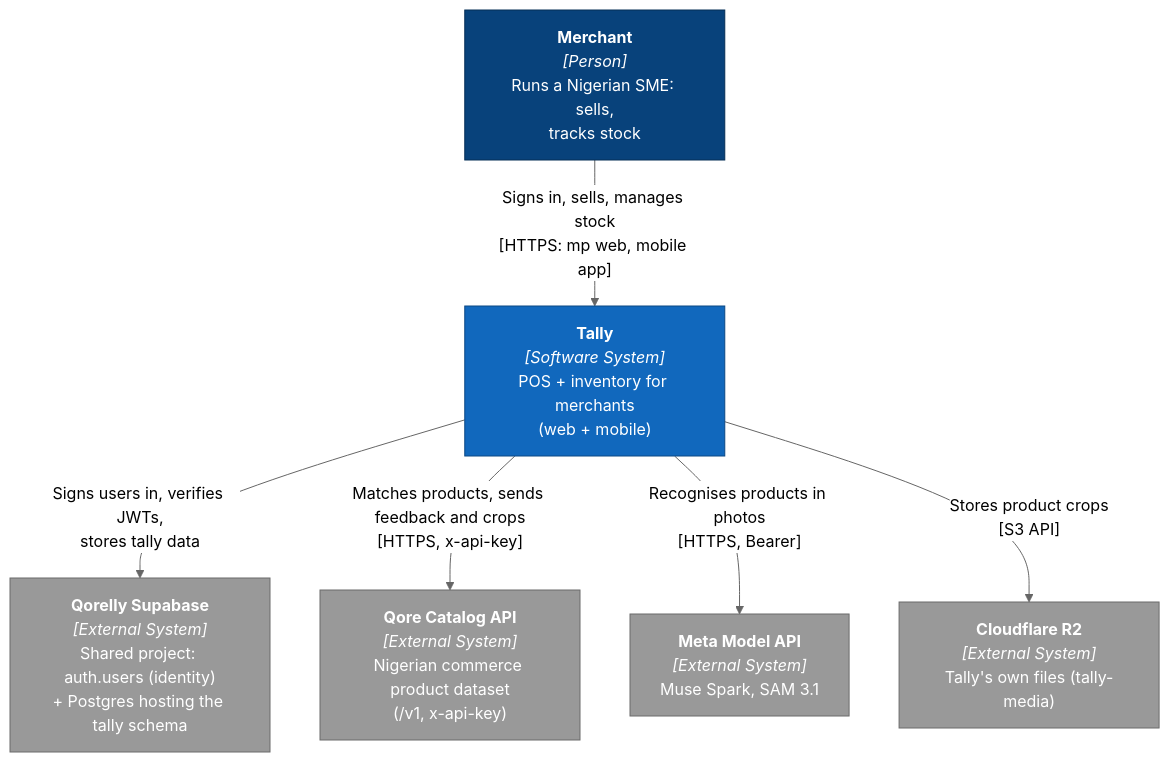
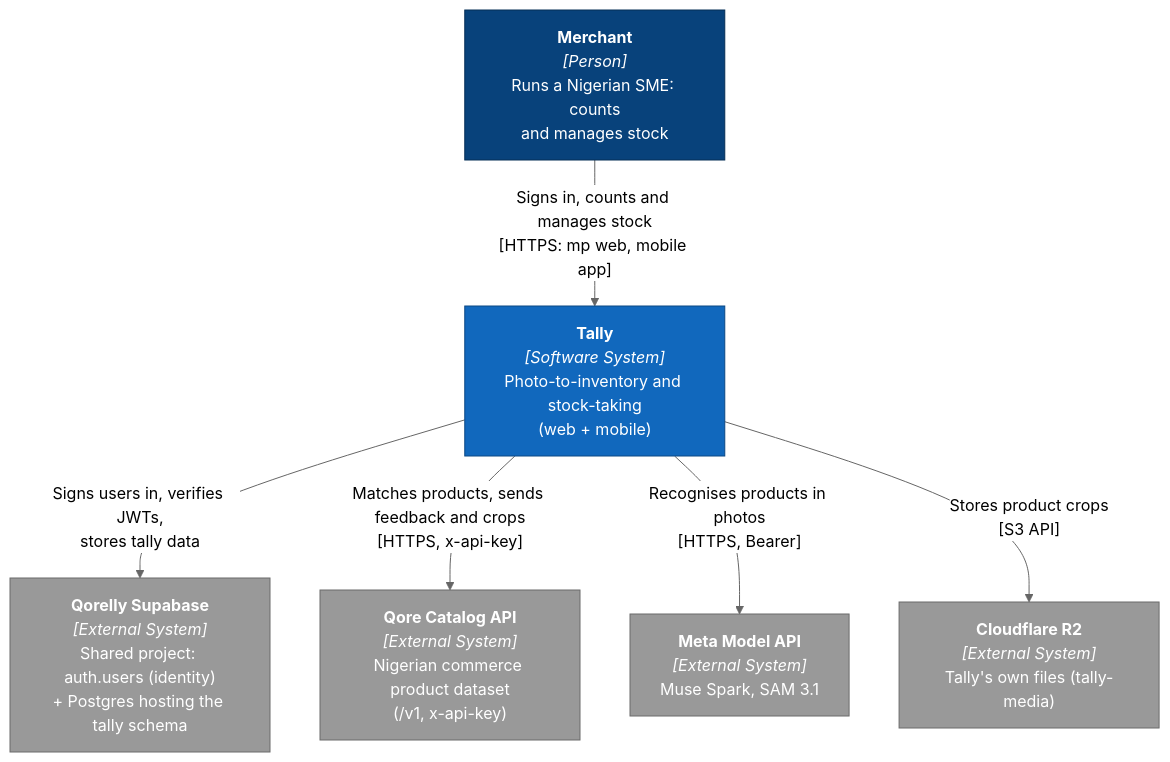
One commit to usecorehq/tally changed the diagram in docs/diagrams/mermaid/c4-context.mmd. Above: the diagram before and after it, drawn with Mermaid. The commit also changed 41 other files, not shown here.

First line of the commit message:
docs: focus tally on photo-to-inventory, drop pos and selling

```diff
--- a/docs/diagrams/mermaid/c4-context.mmd
+++ b/docs/diagrams/mermaid/c4-context.mmd
@@ -1,25 +1,25 @@
 %%{init: {"theme": "neutral"} }%%
 flowchart TB
-    merchant["<b>Merchant</b><br/><i>[Person]</i><br/>Runs a Nigerian SME: sells,<br/>tracks stock"]
+    merchant["<b>Merchant</b><br/><i>[Person]</i><br/>Runs a Nigerian SME: counts<br/>and manages stock"]
 
-    tally["<b>Tally</b><br/><i>[Software System]</i><br/>POS + inventory for merchants<br/>(web + mobile)"]
+    tally["<b>Tally</b><br/><i>[Software System]</i><br/>Photo-to-inventory and stock-taking<br/>(web + mobile)"]
 
     qorellyAuth["<b>Qorelly Supabase</b><br/><i>[External System]</i><br/>Shared project: auth.users (identity)<br/>+ Postgres hosting the tally schema"]
     catalog["<b>Qore Catalog API</b><br/><i>[External System]</i><br/>Nigerian commerce product dataset<br/>(/v1, x-api-key)"]
     meta["<b>Meta Model API</b><br/><i>[External System]</i><br/>Muse Spark, SAM 3.1"]
     r2["<b>Cloudflare R2</b><br/><i>[External System]</i><br/>Tally's own files (tally-media)"]
 
-    merchant -- "Signs in, sells, manages stock<br/>[HTTPS: mp web, mobile app]" --> tally
+    merchant -- "Signs in, counts and manages stock<br/>[HTTPS: mp web, mobile app]" --> tally
     tally -- "Signs users in, verifies JWTs,<br/>stores tally data" --> qorellyAuth
     tally -- "Matches products, sends feedback and crops<br/>[HTTPS, x-api-key]" --> catalog
     tally -- "Recognises products in photos<br/>[HTTPS, Bearer]" --> meta
     tally -- "Stores product crops<br/>[S3 API]" --> r2
 
     classDef person fill:#08427b,stroke:#052e56,color:#fff
     classDef container fill:#1168bd,stroke:#0b4884,color:#fff
     classDef external fill:#999999,stroke:#6b6b6b,color:#fff
     classDef planned fill:#ffffff,stroke:#1168bd,color:#1168bd,stroke-dasharray: 5 3
     classDef boundary fill:#ffffff,stroke:#999999,color:#333,stroke-dasharray: 4 3
     class merchant person
     class tally container
     class qorellyAuth,catalog,meta,r2 external
```
